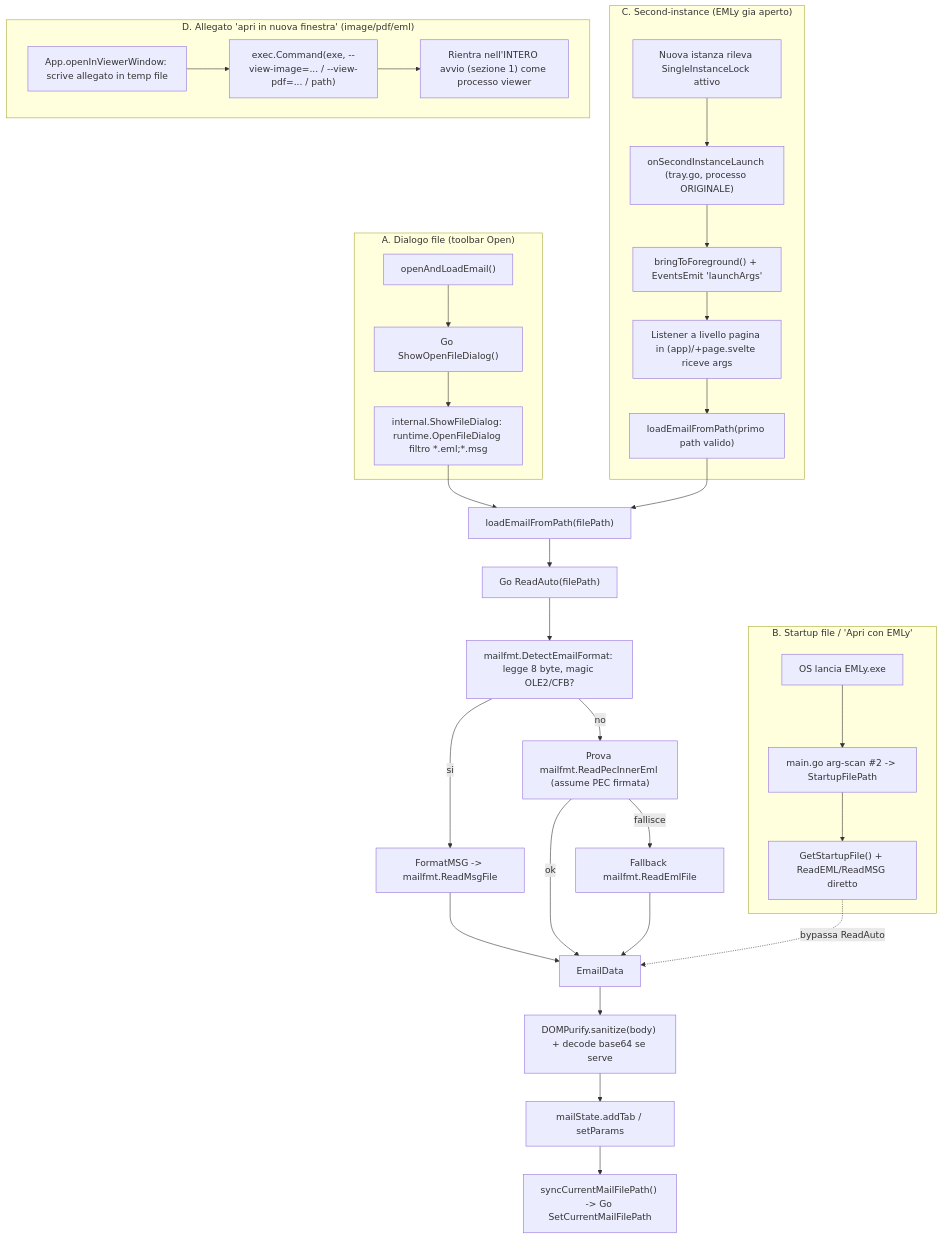
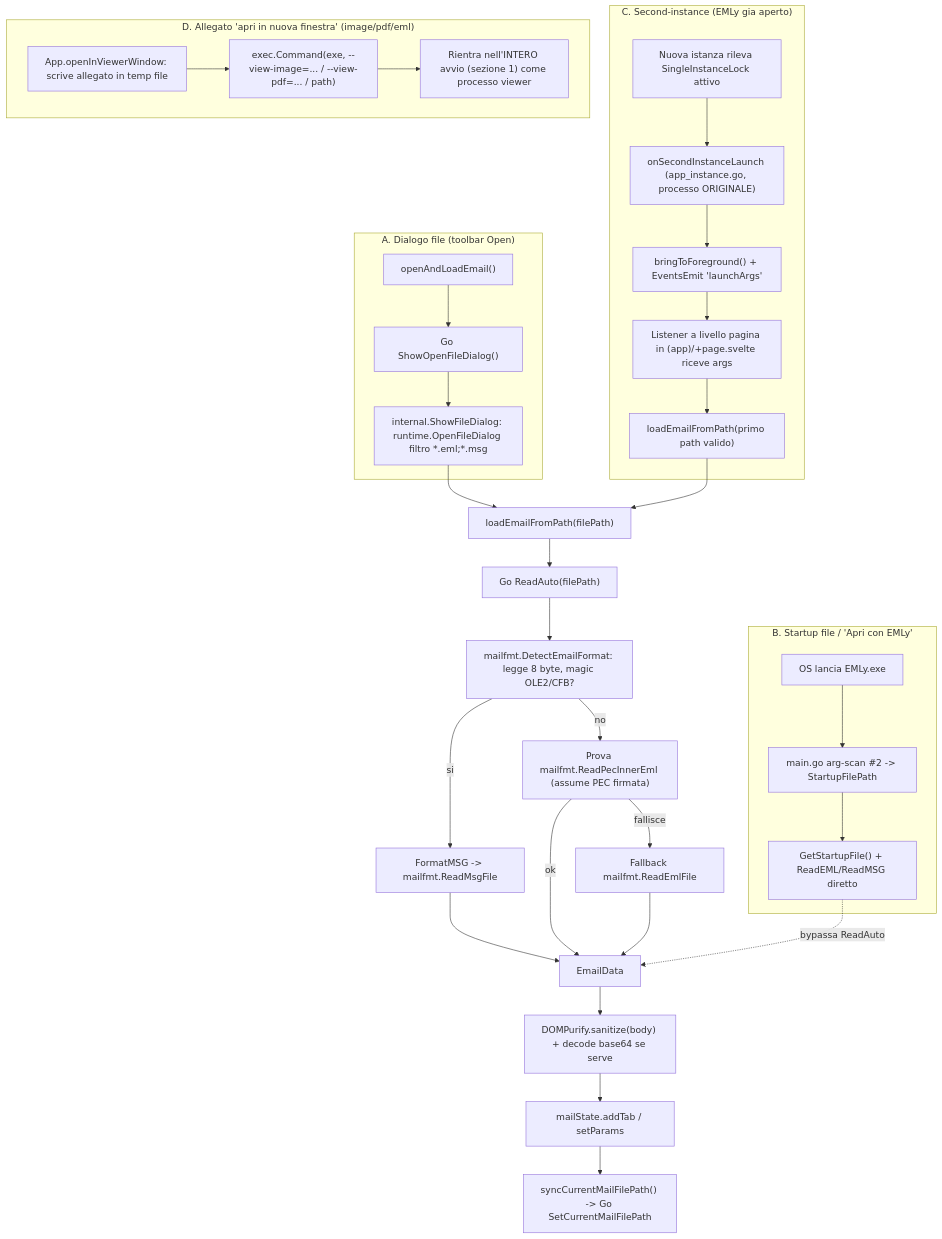
One commit to EMLy-mail/emly-app changed the second of 6 diagrams in docs/mail-flow-schema.md. Above: the diagram before and after it, drawn with Mermaid. The commit also changed other lines of this file and 14 other files, not shown here.

````diff
--- a/docs/mail-flow-schema.md
+++ b/docs/mail-flow-schema.md
@@ -43,39 +39,39 @@
 ```mermaid
 flowchart TD
     subgraph A["A. Dialogo file (toolbar Open)"]
         A1["openAndLoadEmail()"] --> A2["Go ShowOpenFileDialog()"]
         A2 --> A3["internal.ShowFileDialog: runtime.OpenFileDialog filtro *.eml;*.msg"]
     end
 
     subgraph B["B. Startup file / 'Apri con EMLy'"]
         B1["OS lancia EMLy.exe <path>"] --> B2["main.go arg-scan #2 -> StartupFilePath"]
         B2 --> B3["GetStartupFile() + ReadEML/ReadMSG diretto"]
     end
 
     subgraph C["C. Second-instance (EMLy gia aperto)"]
-        C1["Nuova istanza rileva SingleInstanceLock attivo"] --> C2["onSecondInstanceLaunch (tray.go, processo ORIGINALE)"]
+        C1["Nuova istanza rileva SingleInstanceLock attivo"] --> C2["onSecondInstanceLaunch (app_instance.go, processo ORIGINALE)"]
         C2 --> C3["bringToForeground() + EventsEmit 'launchArgs'"]
         C3 --> C4["Listener a livello pagina in (app)/+page.svelte riceve args"]
         C4 --> C5["loadEmailFromPath(primo path valido)"]
     end
 
     subgraph D["D. Allegato 'apri in nuova finestra' (image/pdf/eml)"]
         D1["App.openInViewerWindow: scrive allegato in temp file"] --> D2["exec.Command(exe, --view-image=... / --view-pdf=... / path)"]
         D2 --> D3["Rientra nell'INTERO avvio (sezione 1) come processo viewer"]
     end
 
     A3 --> P["loadEmailFromPath(filePath)"]
     C5 --> P
     P --> Q["Go ReadAuto(filePath)"]
     Q --> R["mailfmt.DetectEmailFormat: legge 8 byte, magic OLE2/CFB?"]
     R -->|si| S["FormatMSG -> mailfmt.ReadMsgFile"]
     R -->|no| T["Prova mailfmt.ReadPecInnerEml (assume PEC firmata)"]
     T -->|fallisce| U["Fallback mailfmt.ReadEmlFile"]
     S --> V["EmailData"]
     T -->|ok| V
     U --> V
     V --> W["DOMPurify.sanitize(body) + decode base64 se serve"]
     W --> X["mailState.addTab / setParams"]
     X --> Y["syncCurrentMailFilePath() -> Go SetCurrentMailFilePath"]
     B3 -.->|bypassa ReadAuto| V
 ```
````
